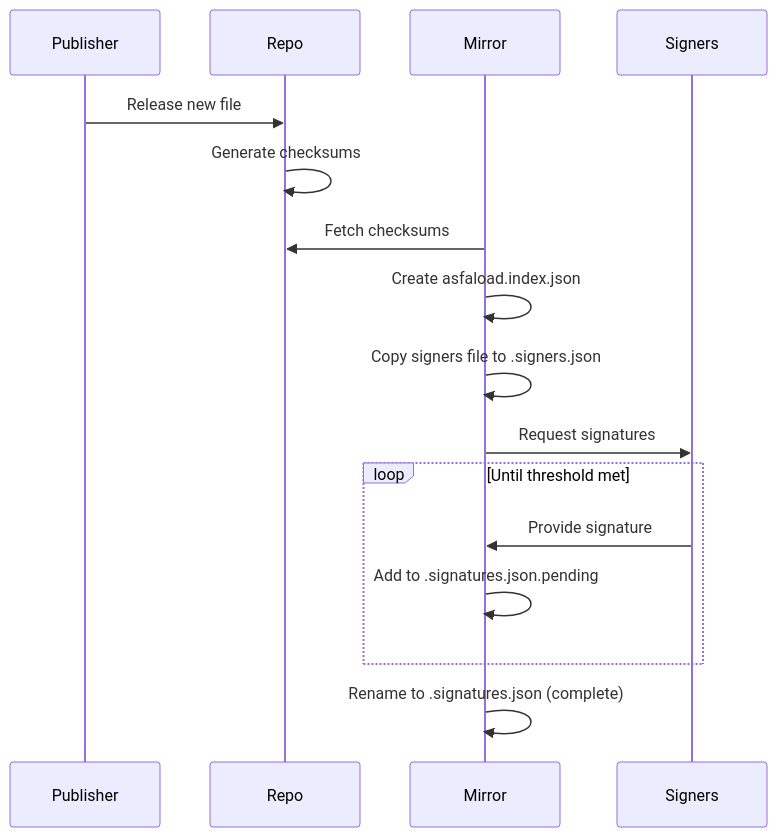
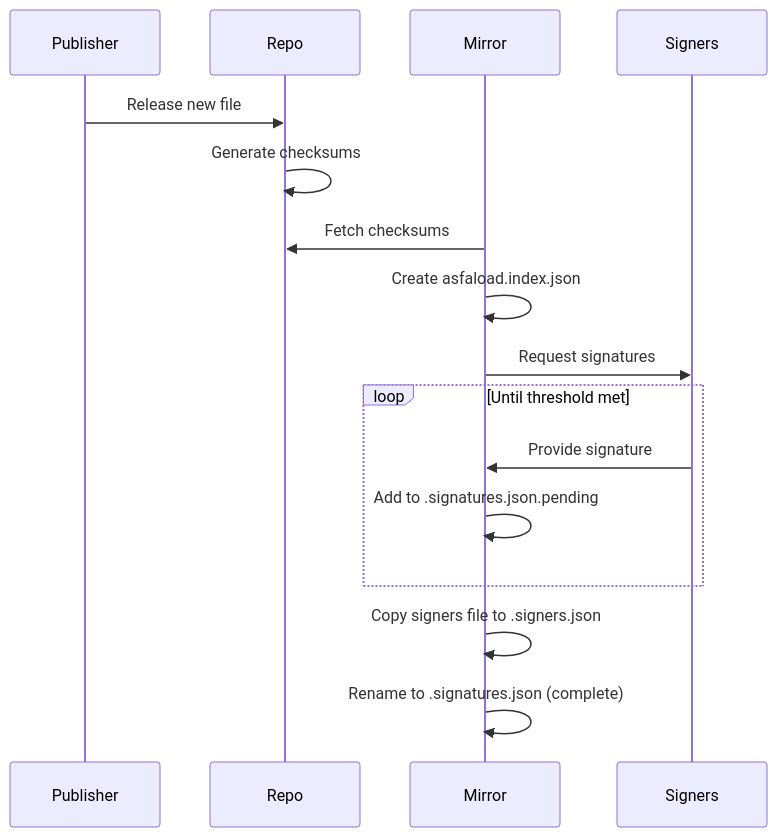
The fourth of 8 diagrams in spec.md (asfaload/spec), drawn with Mermaid before and after one commit. The commit also changed other lines of this file, not shown here.

Commit message:
fix: copy of artifact signers taken after sig completion

````diff
--- a/spec.md
+++ b/spec.md
@@ -340,19 +340,19 @@
 ```mermaid
 sequenceDiagram
     participant Publisher
     participant Repo
     participant Mirror
     participant Signers
 
     Publisher->>Repo: Release new file
     Repo->>Repo: Generate checksums
     Mirror->>Repo: Fetch checksums
     Mirror->>Mirror: Create asfaload.index.json
-    Mirror->>Mirror: Copy signers file to .signers.json
     Mirror->>Signers: Request signatures
     loop Until threshold met
         Signers->>Mirror: Provide signature
         Mirror->>Mirror: Add to .signatures.json.pending
     end
+    Mirror->>Mirror: Copy signers file to .signers.json
     Mirror->>Mirror: Rename to .signatures.json (complete)
 ```
````
